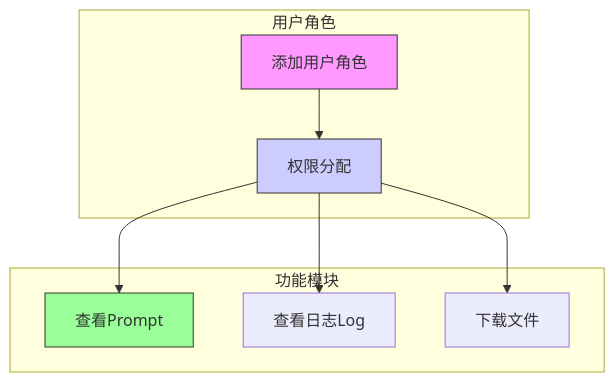
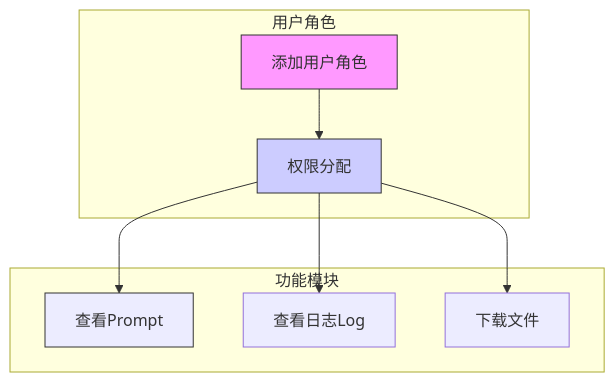
One commit to funnyData/iodraw-files changed the diagram in all/未命名-2.md. Above: the diagram before and after it, drawn with Mermaid.

Commit message:
2025-03-11 19:20:32 update

````diff
--- a/all/未命名-2.md
+++ b/all/未命名-2.md
@@ -1,16 +1,16 @@
 ```mermaid
 flowchart TD
     subgraph 用户角色
         A[添加用户角色] --> B[权限分配]
     end
 
     subgraph 功能模块
         B --> C[查看Prompt]
         B --> D[查看日志Log]
         B --> E[下载文件]
     end
 
     style A fill:#f9f,stroke:#333
     style B fill:#ccf,stroke:#333
-    style C fill:#9f9,stroke:#333
+    style C D fill:#9f9,stroke:#333
 ```
````
